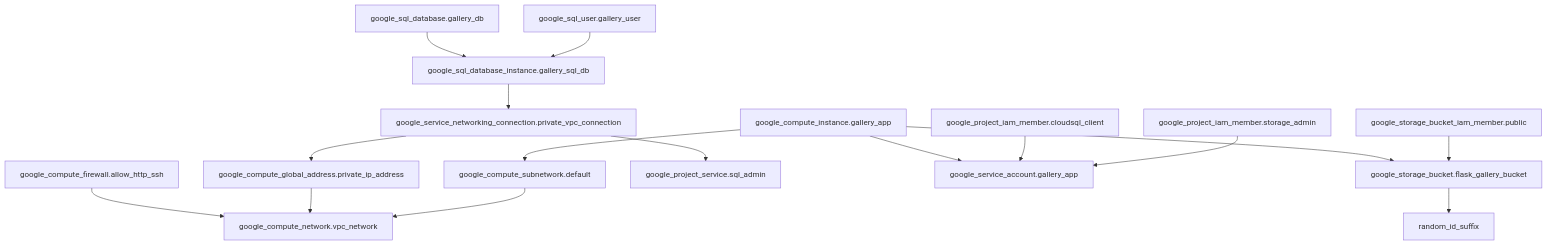
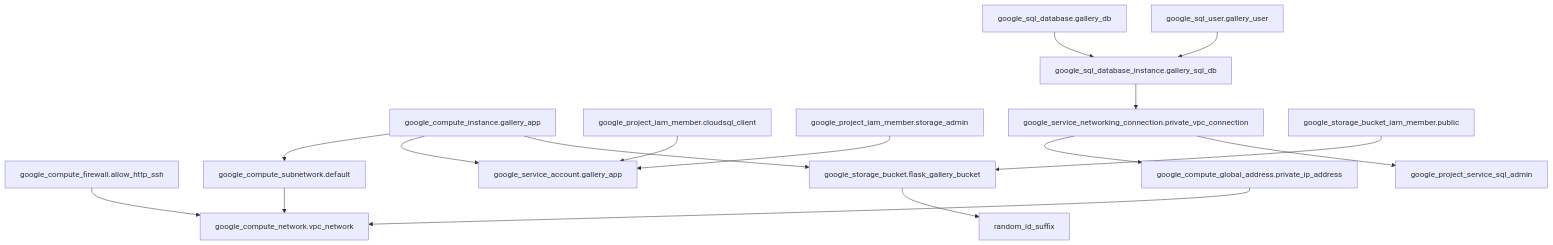
Before and after one commit to charliedough/FinalCloudComputing: the diagram in README.md, drawn with Mermaid.

````diff
--- a/README.md
+++ b/README.md
@@ -2,36 +2,35 @@
 ```mermaid
 flowchart TD
   %% Nodes
   google_compute_firewall_allow_http_ssh["google_compute_firewall.allow_http_ssh"]
   google_compute_global_address_private_ip_address["google_compute_global_address.private_ip_address"]
   google_compute_instance_gallery_app["google_compute_instance.gallery_app"]
   google_compute_network_vpc_network["google_compute_network.vpc_network"]
   google_compute_subnetwork_default["google_compute_subnetwork.default"]
   google_project_iam_member_cloudsql_client["google_project_iam_member.cloudsql_client"]
   google_project_iam_member_storage_admin["google_project_iam_member.storage_admin"]
-  google_project_service_sql_admin["google_project_service.sql_admin"]
   google_service_account_gallery_app["google_service_account.gallery_app"]
   google_service_networking_connection_private_vpc_connection["google_service_networking_connection.private_vpc_connection"]
   google_sql_database_gallery_db["google_sql_database.gallery_db"]
   google_sql_database_instance_gallery_sql_db["google_sql_database_instance.gallery_sql_db"]
   google_sql_user_gallery_user["google_sql_user.gallery_user"]
   google_storage_bucket_flask_gallery_bucket["google_storage_bucket.flask_gallery_bucket"]
   google_storage_bucket_iam_member_public["google_storage_bucket_iam_member.public"]
 
   %% Edges
   google_compute_firewall_allow_http_ssh --> google_compute_network_vpc_network
   google_compute_global_address_private_ip_address --> google_compute_network_vpc_network
   google_compute_instance_gallery_app --> google_compute_subnetwork_default
   google_compute_instance_gallery_app --> google_service_account_gallery_app
   google_compute_instance_gallery_app --> google_storage_bucket_flask_gallery_bucket
   google_compute_subnetwork_default --> google_compute_network_vpc_network
   google_project_iam_member_cloudsql_client --> google_service_account_gallery_app
   google_project_iam_member_storage_admin --> google_service_account_gallery_app
   google_service_networking_connection_private_vpc_connection --> google_compute_global_address_private_ip_address
   google_service_networking_connection_private_vpc_connection --> google_project_service_sql_admin
   google_sql_database_gallery_db --> google_sql_database_instance_gallery_sql_db
   google_sql_database_instance_gallery_sql_db --> google_service_networking_connection_private_vpc_connection
   google_sql_user_gallery_user --> google_sql_database_instance_gallery_sql_db
   google_storage_bucket_flask_gallery_bucket --> random_id_suffix
   google_storage_bucket_iam_member_public --> google_storage_bucket_flask_gallery_bucket
 ```
````
